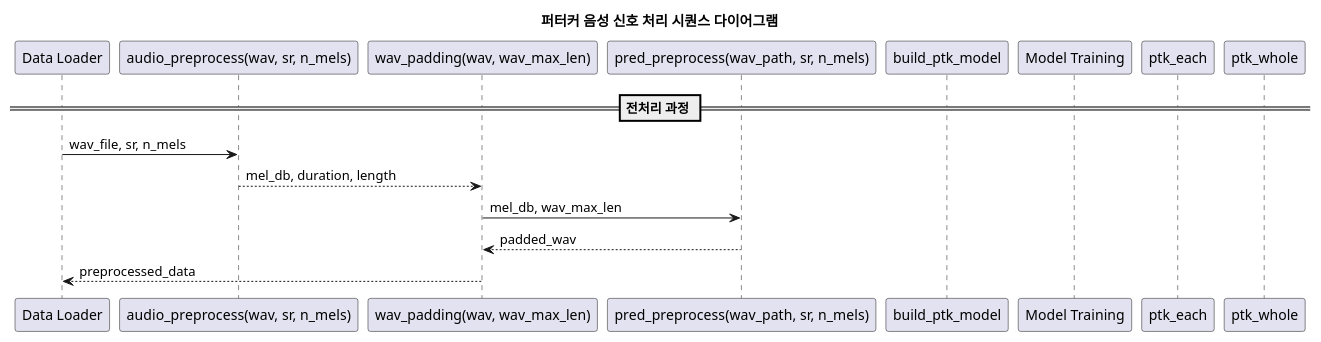
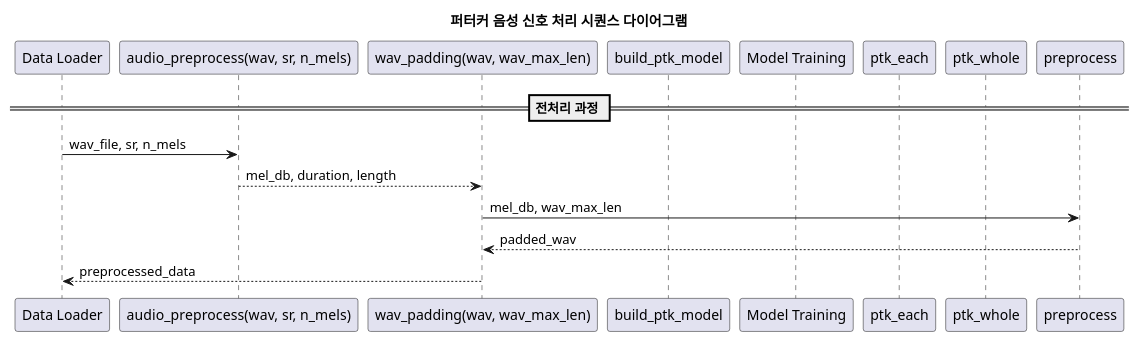
Before and after one commit to gemjh/SeSAC: the diagram in ptk_prep.puml, drawn with PlantUML. The commit also changed 23 other files, not shown here.

Commit message:
graph edit

```diff
--- a/ptk_prep.puml
+++ b/ptk_prep.puml
@@ -1,22 +1,21 @@
 @startuml ptk_prep
 title 퍼터커 음성 신호 처리 시퀀스 다이어그램
 
 participant "Data Loader" as loader
 participant "audio_preprocess(wav, sr, n_mels)" as audio_file_transformation
 participant "wav_padding(wav, wav_max_len)" as padding
-participant "pred_preprocess(wav_path, sr, n_mels)" as preprocess
 participant "build_ptk_model" as model_builder
 participant "Model Training" as training
 participant "ptk_each" as each
 participant "ptk_whole" as ptk
 
 == 전처리 과정 ==
 
 loader -> audio_file_transformation: wav_file, sr, n_mels
 audio_file_transformation --> padding: mel_db, duration, length
 
 padding -> preprocess: mel_db, wav_max_len
 preprocess --> padding: padded_wav
 padding --> loader: preprocessed_data
 
 @enduml
```
